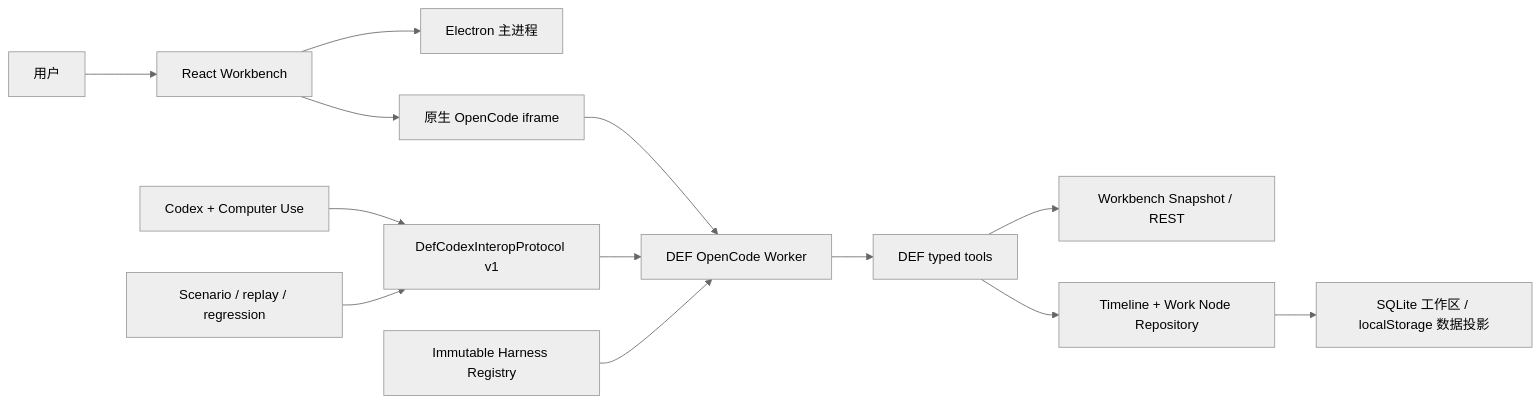
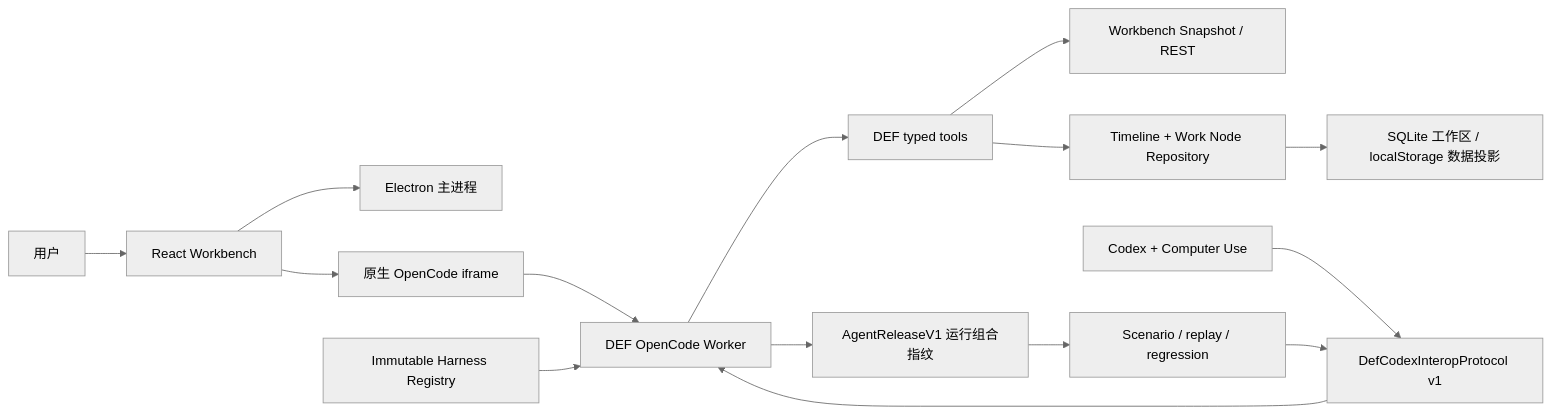
Before and after one commit to Pandluto/dmg-end-field: the diagram in docs/architecture/current-system.md, drawn with Mermaid (neutral theme). The commit also changed other lines of this file and 7 other files, not shown here.

Commit message:
chore(def): gate architecture closure contracts

````diff
--- a/docs/architecture/current-system.md
+++ b/docs/architecture/current-system.md
@@ -9,16 +11,18 @@
 ```mermaid
 flowchart LR
   User["用户"] --> UI["React Workbench"]
   UI --> Electron["Electron 主进程"]
   UI --> Iframe["原生 OpenCode iframe"]
   Iframe --> Worker["DEF OpenCode Worker"]
   Worker --> Tools["DEF typed tools"]
   Tools --> Snapshot["Workbench Snapshot / REST"]
   Tools --> Repo["Timeline + Work Node Repository"]
   Repo --> Store["SQLite 工作区 / localStorage 数据投影"]
 
   Teacher["Codex + Computer Use"] --> Interop["DefCodexInteropProtocol v1"]
   Interop --> Worker
   Judge["Scenario / replay / regression"] --> Interop
   Harness["Immutable Harness Registry"] --> Worker
+  Release["AgentReleaseV1 运行组合指纹"] --> Judge
+  Worker --> Release
 ```
````
